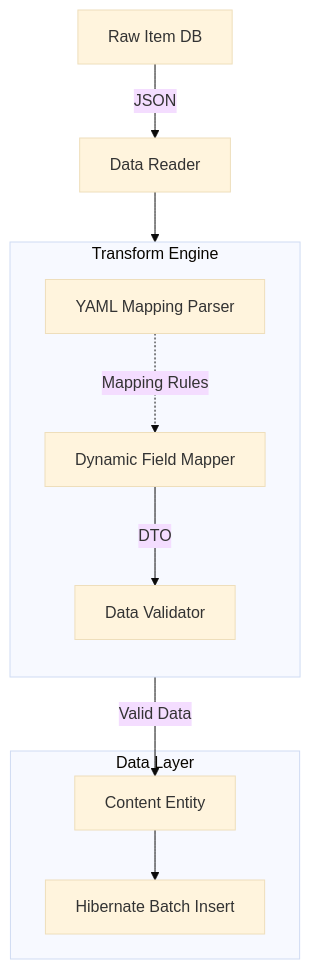
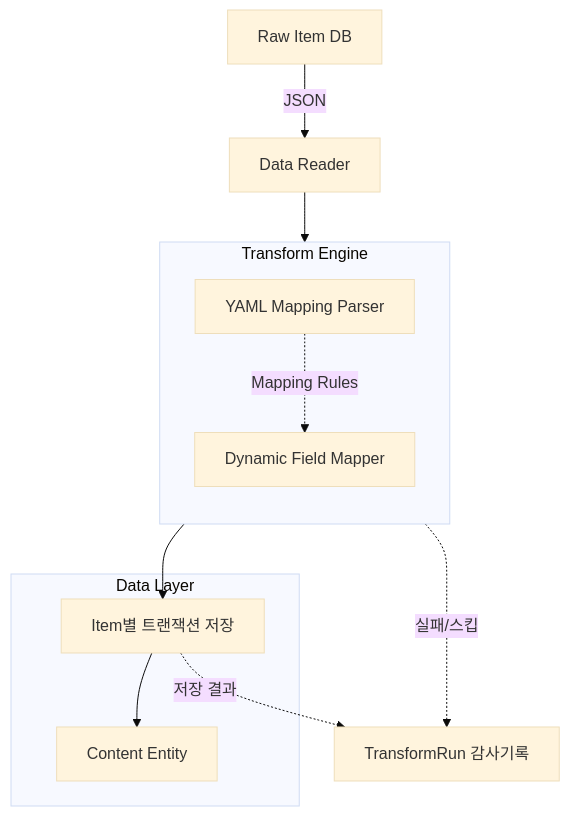
The diagram in docs/3_TRANSFORM_ENGINE.md (AOD-All-of-Dopamine/-AOD-All-of-Dopamine-back), drawn with Mermaid (base theme) before and after one commit. The commit also changed other lines of this file and 3 other files, not shown here.

Commit message:
docs: post-cutover doc accuracy — trace banner, per-item tx/audit semantics, boot-lint notes

````diff
--- a/docs/3_TRANSFORM_ENGINE.md
+++ b/docs/3_TRANSFORM_ENGINE.md
@@ -9,24 +9,26 @@
 ```mermaid
 flowchart TD
     RAW["Raw Item DB"]
     READER["Data Reader"]
     
     subgraph Transform Engine [Transform Engine]
         direction TB
         YAML_PARSER["YAML Mapping Parser"]
         FIELD_MAP["Dynamic Field Mapper"]
-        VALIDATOR["Data Validator"]
     end
     
     subgraph Data Layer [Data Layer]
+        ITEM_TX["Item별 트랜잭션 저장"]
         CONTENT_ENTITY["Content Entity"]
-        H_BATCH["Hibernate Batch Insert"]
     end
+
+    AUDIT["TransformRun 감사기록"]
 
     RAW-->|JSON|READER
     READER-->FIELD_MAP
     YAML_PARSER-.->|Mapping Rules|FIELD_MAP
-    FIELD_MAP-->|DTO|VALIDATOR
-    VALIDATOR-->|Valid Data|CONTENT_ENTITY
-    CONTENT_ENTITY-->H_BATCH
+    FIELD_MAP-->ITEM_TX
+    ITEM_TX-->CONTENT_ENTITY
+    FIELD_MAP-.->|실패/스킵|AUDIT
+    ITEM_TX-.->|저장 결과|AUDIT
 ```
````
